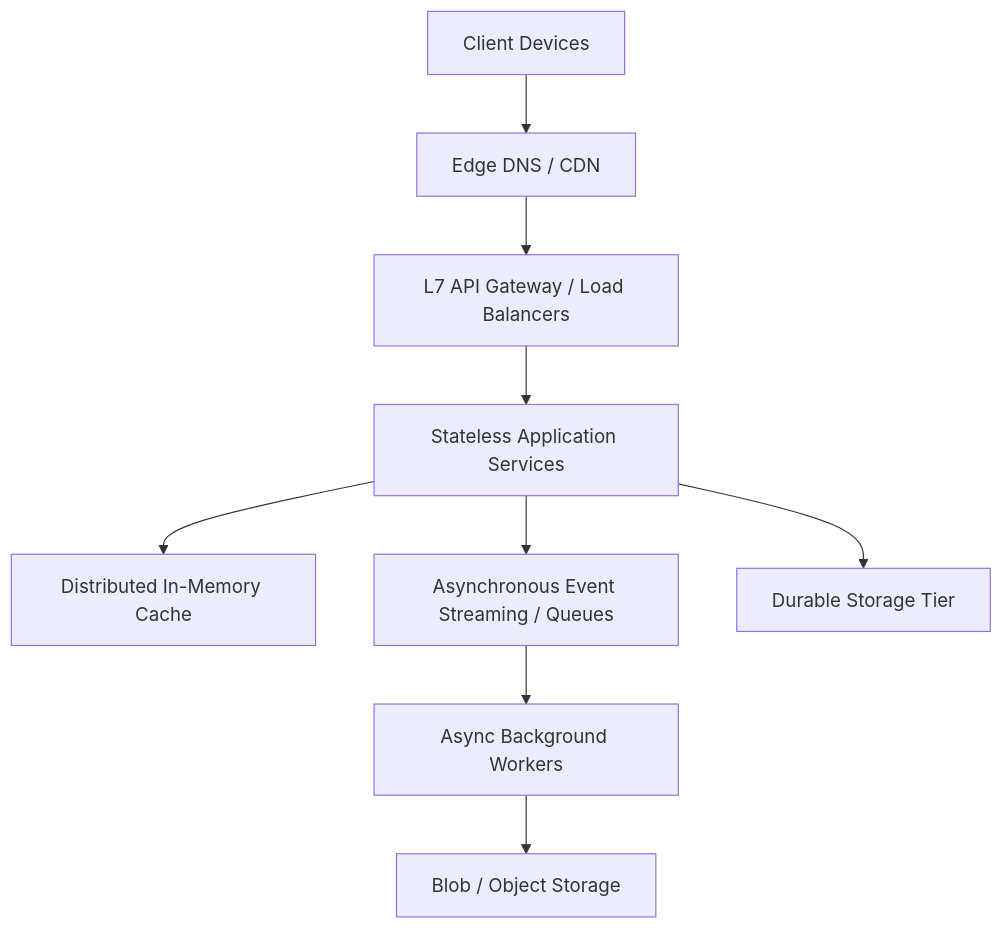
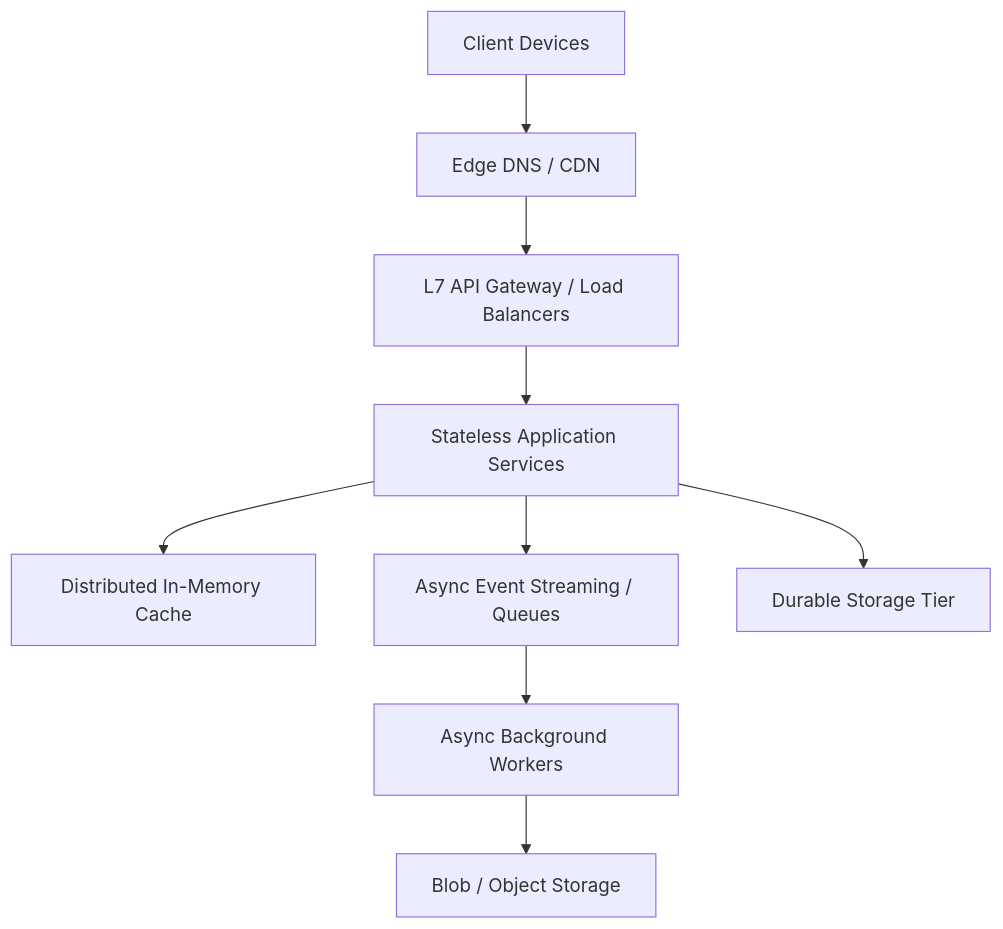
One commit to kallolchakraborty/system-architect changed the diagram in README.md. Above: the diagram before and after it, drawn with Mermaid. The commit also changed other lines of this file, not shown here.

````diff
--- a/README.md
+++ b/README.md
@@ -46,11 +83,11 @@
 ```mermaid
 graph TD
     Client[Client Devices] --> Edge[Edge DNS / CDN]
     Edge --> Gateway[L7 API Gateway / Load Balancers]
     Gateway --> AppTier[Stateless Application Services]
     AppTier --> Cache[Distributed In-Memory Cache]
-    AppTier --> Queue[Asynchronous Event Streaming / Queues]
+    AppTier --> Queue[Async Event Streaming / Queues]
     AppTier --> DB[Durable Storage Tier]
     Queue --> Workers[Async Background Workers]
     Workers --> Storage[Blob / Object Storage]
 ```
````
